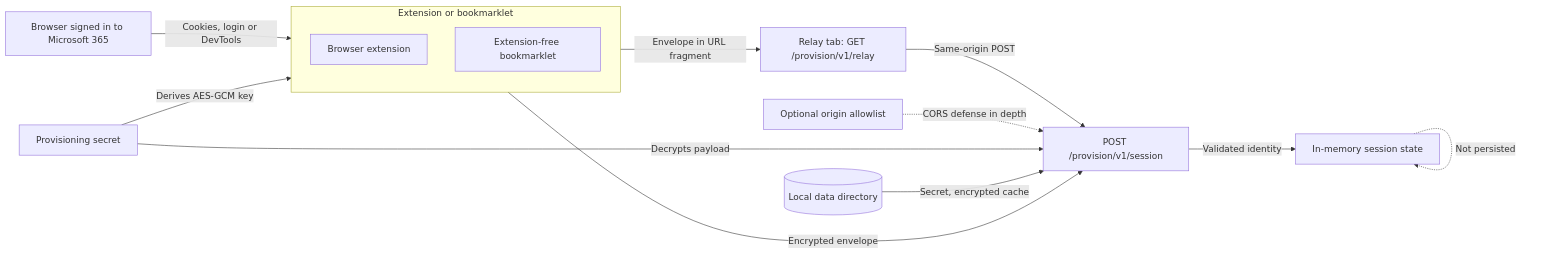
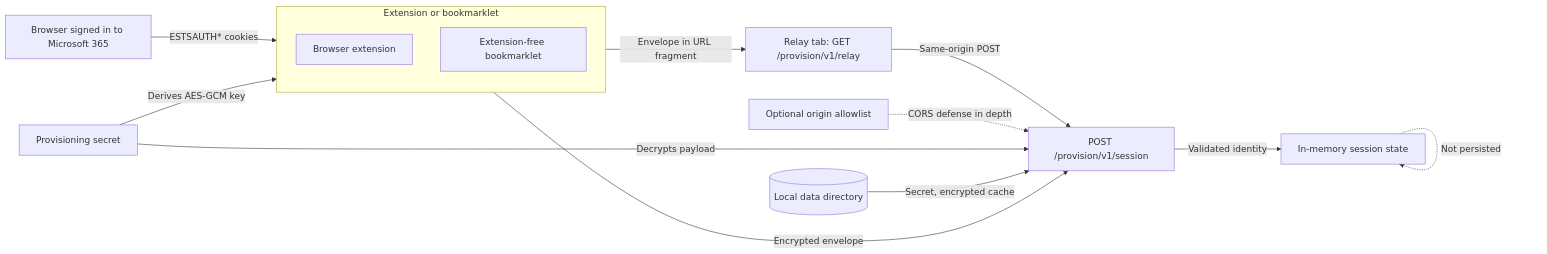
One commit to ErosLever/M365Bridge changed the first of 2 diagrams in README.md. Above: the diagram before and after it, drawn with Mermaid. The commit also changed other lines of this file, not shown here.

Commit message:
docs(readme): clarify that provisioning only touches the ESTSAUTH* cookies
The diagram's "Cookies, login or DevTools" edge label read as if the
extension/bookmarklet monitors sign-in activity. Relabel it to name the
two cookies directly, and add a sentence spelling out that both clients
are scoped to ESTSAUTH/ESTSAUTHPERSISTENT only, with a link to the filter
in popup.js.

````diff
--- a/README.md
+++ b/README.md
@@ -12,28 +12,28 @@
 ```mermaid
 flowchart LR
     Browser[Browser signed in to Microsoft 365]
     Secret[Provisioning secret]
 
     subgraph Client [Extension or bookmarklet]
         direction TB
         Extension[Browser extension]
         Bookmarklet[Extension-free bookmarklet]
     end
 
     Relay["Relay tab: GET /provision/v1/relay"]
     Origin[Optional origin allowlist]
     Endpoint["POST /provision/v1/session"]
     Runtime[In-memory session state]
     Disk[(Local data directory)]
 
-    Browser -->|Cookies, login or DevTools| Client
+    Browser -->|ESTSAUTH* cookies| Client
     Secret -->|Derives AES-GCM key| Client
     Extension -->|Encrypted envelope| Endpoint
     Bookmarklet -->|Envelope in URL fragment| Relay
     Relay -->|Same-origin POST| Endpoint
     Origin -.->|CORS defense in depth| Endpoint
     Secret -->|Decrypts payload| Endpoint
     Endpoint -->|Validated identity| Runtime
     Runtime -.->|Not persisted| Runtime
     Disk -->|Secret, encrypted cache| Endpoint
 ```
````
